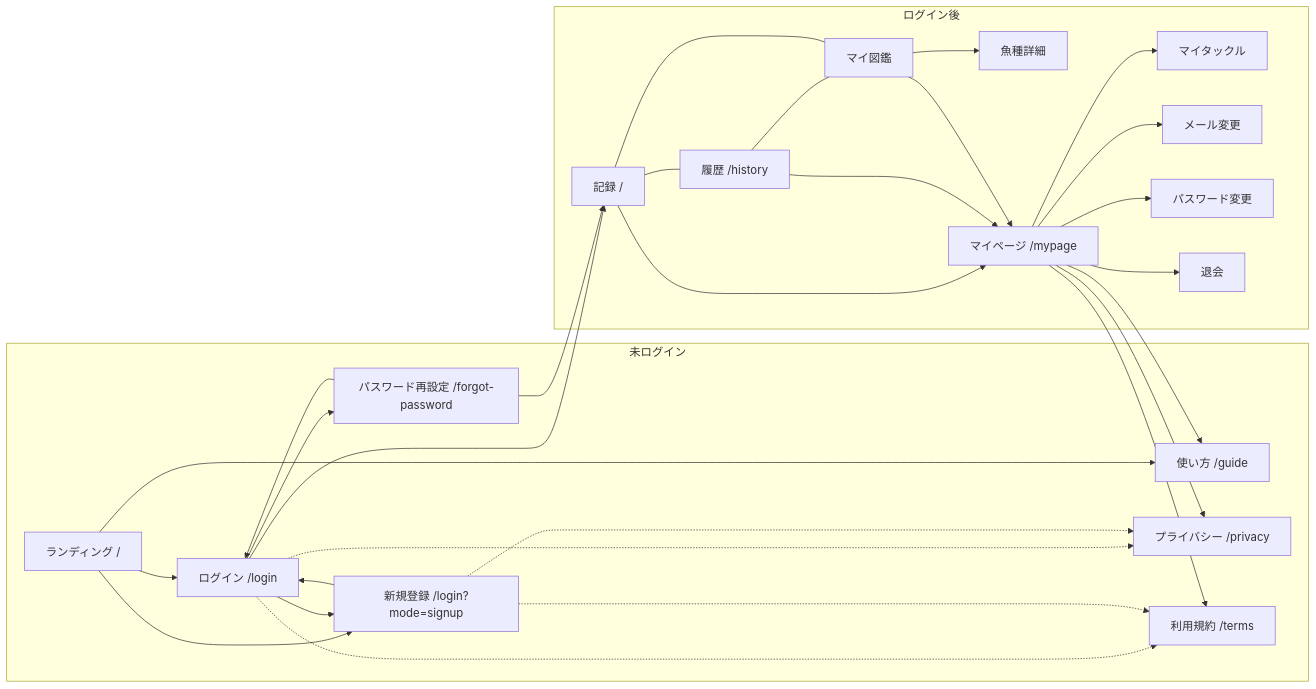
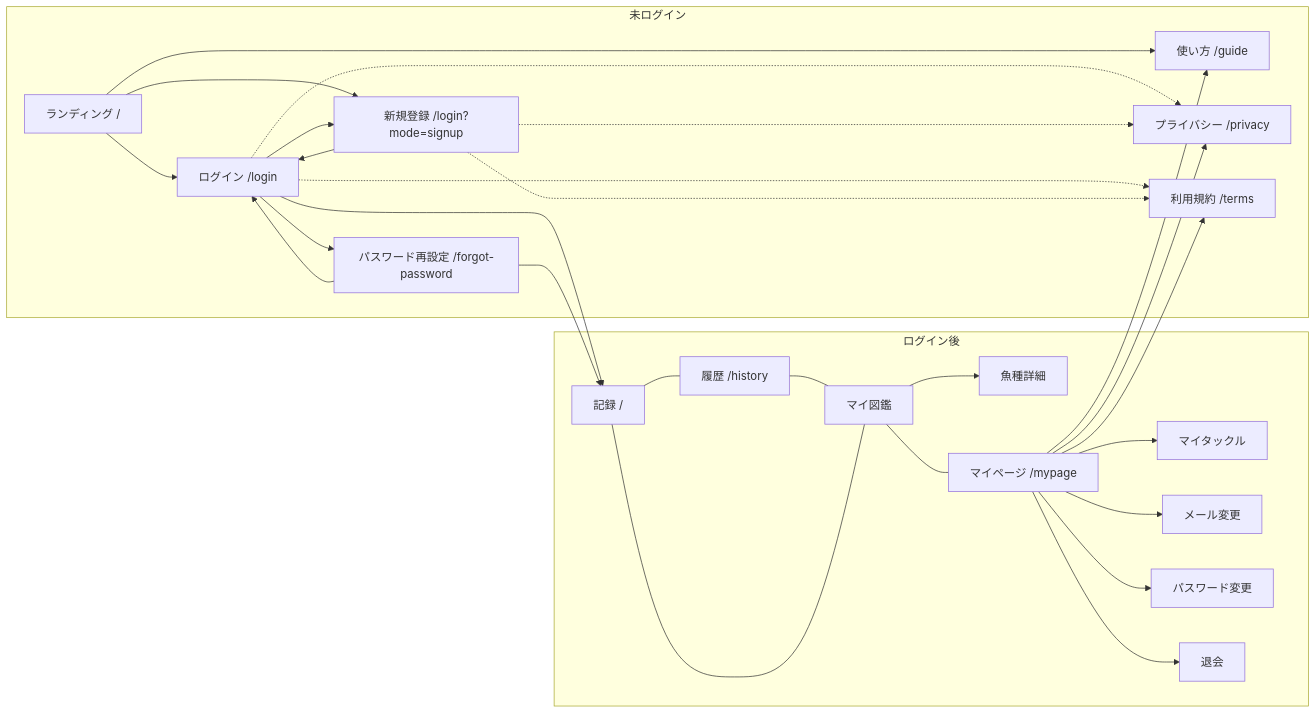
The third of 3 diagrams in docs/screens/design/README.md (honeston/fissingplotter), drawn with Mermaid before and after one commit. The commit also changed other lines of this file and 12 other files, not shown here.

Commit message:
マイページをボトムナビの図鑑の右に戻し、上バーはクラウド時のログイン表示だけにする。

````diff
--- a/docs/screens/design/README.md
+++ b/docs/screens/design/README.md
@@ -121,55 +121,53 @@
 ```mermaid
 flowchart LR
   subgraph public ["未ログイン"]
     L["ランディング /"]
     Login["ログイン /login"]
     Signup["新規登録 /login?mode=signup"]
     Forgot["パスワード再設定 /forgot-password"]
     Guide["使い方 /guide"]
     Privacy["プライバシー /privacy"]
     Terms["利用規約 /terms"]
   end
 
   subgraph app ["ログイン後"]
     Record["記録 /"]
     History["履歴 /history"]
     Encyclo["マイ図鑑"]
     Species["魚種詳細"]
     MyPage["マイページ /mypage"]
     Tackle["マイタックル"]
     Email["メール変更"]
     Pass["パスワード変更"]
     Delete["退会"]
   end
 
   L --> Login
   L --> Signup
   L --> Guide
   Login --> Signup
   Login --> Forgot
   Signup --> Login
   Forgot --> Login
   Login --> Record
   Forgot --> Record
 
   Record --- History
   History --- Encyclo
+  Encyclo --- MyPage
   Record --- Encyclo
-  Record --> MyPage
-  History --> MyPage
-  Encyclo --> MyPage
 
   MyPage --> Tackle
   MyPage --> Email
   MyPage --> Pass
   MyPage --> Delete
   Encyclo --> Species
 
   Login -.-> Privacy
   Login -.-> Terms
   Signup -.-> Privacy
   Signup -.-> Terms
   MyPage --> Guide
   MyPage --> Privacy
   MyPage --> Terms
 ```
````
